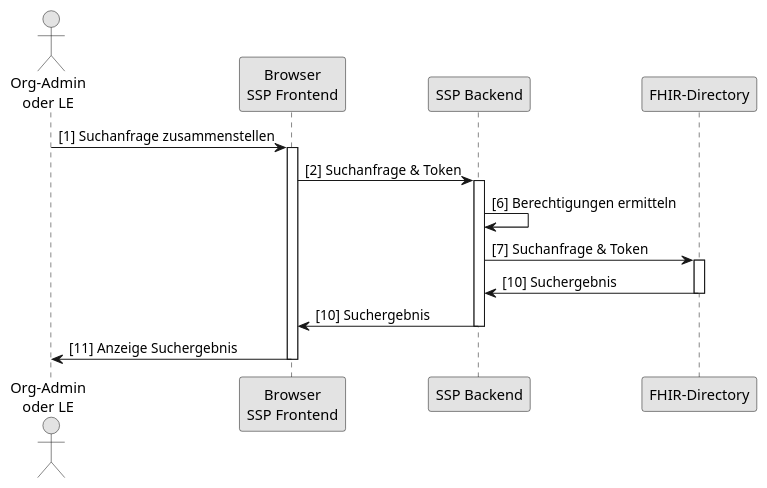
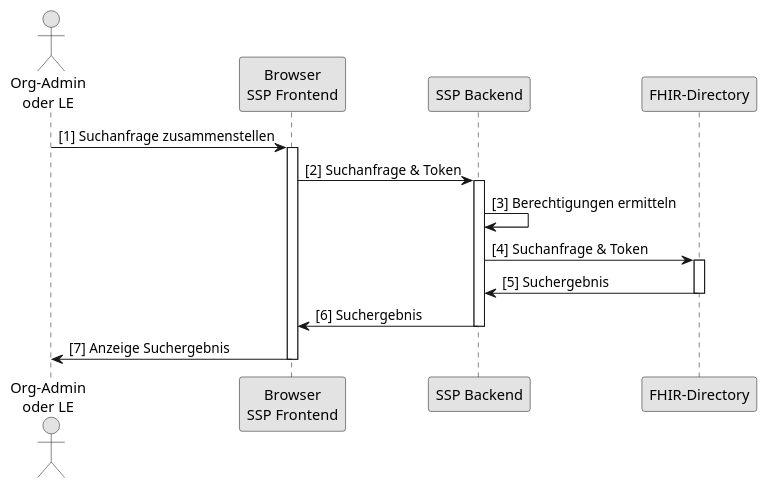
The diagram in src/plantuml/SequenceDiagram.FHIR-Directory.SSP.Suche.puml (gematik/api-vzd), drawn with PlantUML before and after one commit.

```diff
--- a/src/plantuml/SequenceDiagram.FHIR-Directory.SSP.Suche.puml
+++ b/src/plantuml/SequenceDiagram.FHIR-Directory.SSP.Suche.puml
@@ -1,33 +1,33 @@
 @startuml
 skinparam dpi 100
 skinparam WrapWidth 200
 skinparam monochrome true
 
 'title "FHIR-Directory, Sequenzdiagram SSP Authenticate mit Passwort"
 actor o as "Org-Admin\noder LE"
 participant cl as "Browser\nSSP Frontend"
 participant be as "SSP Backend"
 participant fd as "FHIR-Directory"
 
 
 o -> cl: [1] Suchanfrage zusammenstellen
 activate cl
 cl -> be: [2] Suchanfrage & Token
 activate be
 
 
 
-be -> be: [6] Berechtigungen ermitteln
-be -> fd: [7] Suchanfrage & Token
+be -> be: [3] Berechtigungen ermitteln
+be -> fd: [4] Suchanfrage & Token
 activate fd
 
-fd -> be: [10] Suchergebnis
+fd -> be: [5] Suchergebnis
 deactivate fd
 
-be -> cl: [10] Suchergebnis
+be -> cl: [6] Suchergebnis
 deactivate be
 
-cl -> o: [11] Anzeige Suchergebnis
+cl -> o: [7] Anzeige Suchergebnis
 deactivate cl
 
 @enduml
```
